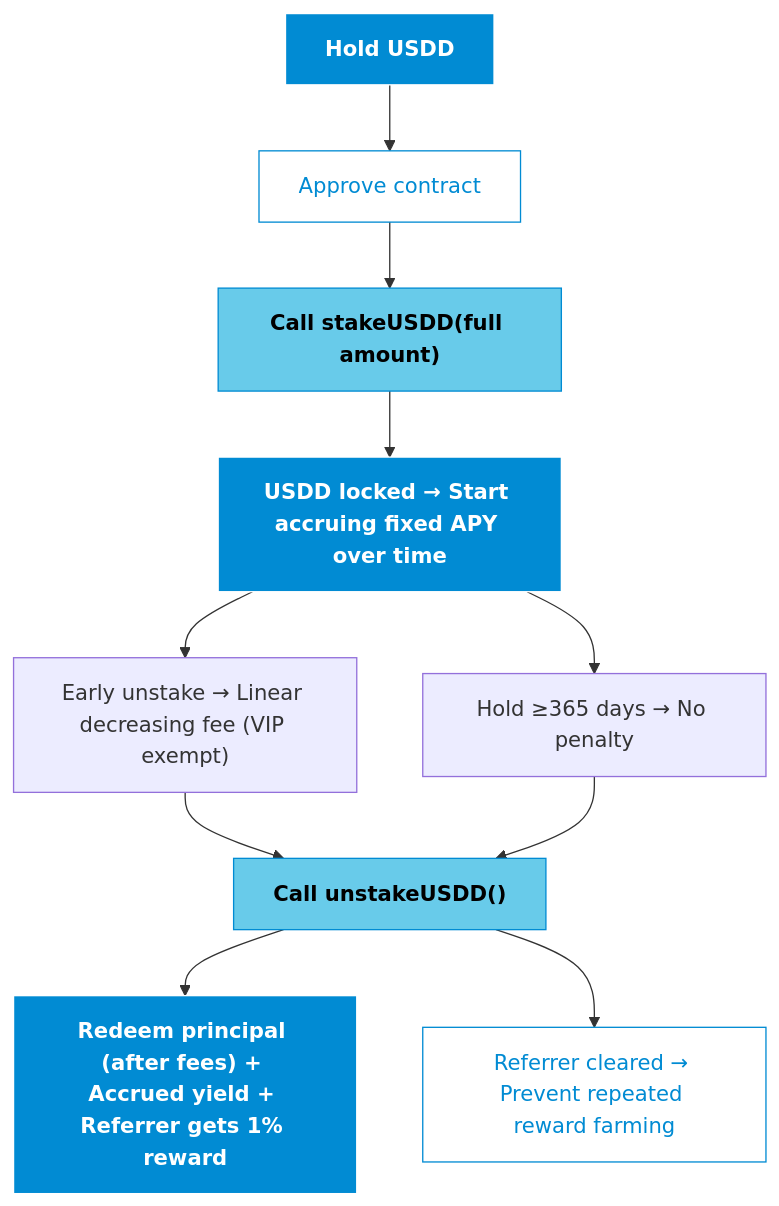
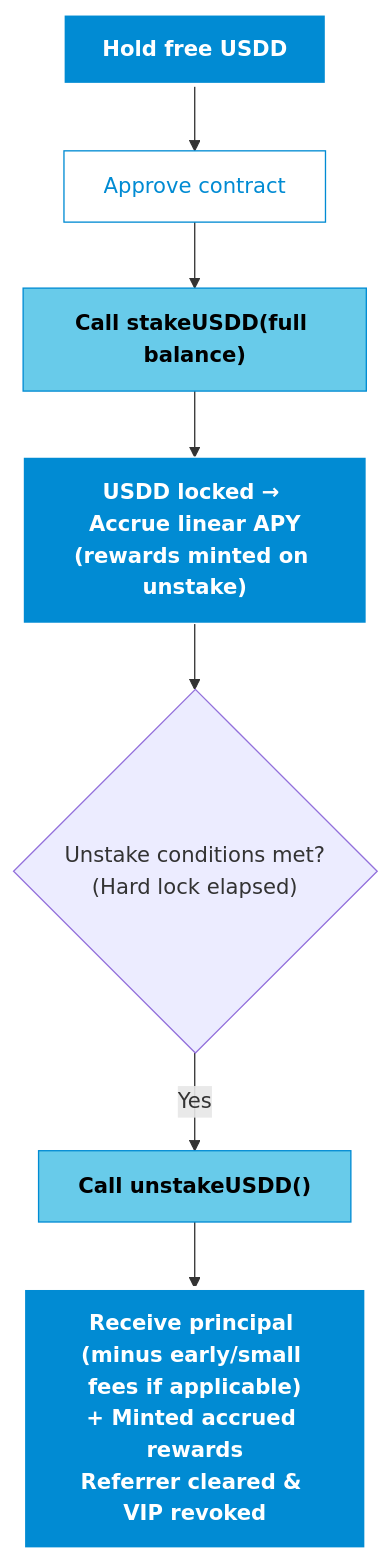
Before and after one commit to wyc-dev/USDD: the second of 3 diagrams in README.md, drawn with Mermaid. The commit also changed other lines of this file, not shown here.

````diff
--- a/README.md
+++ b/README.md
@@ -50,16 +50,14 @@
 ```mermaid
 flowchart TD
     classDef primary fill:#018BD3,stroke:#fff,color:#fff,font-weight:bold;
     classDef secondary fill:#68CBEA,stroke:#018BD3,color:#000,font-weight:bold;
     classDef action fill:#fff,stroke:#018BD3,color:#018BD3;
-
-    H["Hold USDD"]:::primary --> I["Approve contract"]:::action
-    I --> J["Call stakeUSDD(full amount)"]:::secondary
-    J --> K["USDD locked → Start accruing fixed APY over time"]:::primary
-    K --> L["Hold ≥365 days → No penalty"]
-    K --> M["Early unstake → Linear decreasing fee (VIP exempt)"]
-    M --> N["Call unstakeUSDD()"]:::secondary
-    L --> N
-    N --> O["Redeem principal (after fees) + Accrued yield + Referrer gets 1% reward"]:::primary
-    N --> P["Referrer cleared → Prevent repeated reward farming"]:::action
+    K["Hold free USDD"]:::primary --> L["Approve contract"]:::action
+    L --> M["Call stakeUSDD(full balance)"]:::secondary
+    M --> N["USDD locked → Accrue linear APY<br>(rewards minted on unstake)"]:::primary
+    N --> O{"Unstake conditions met?<br>(Hard lock elapsed)"} 
+    O -->|Yes| P["Call unstakeUSDD()"]:::secondary
+    P --> Q["Receive principal (minus early/small fees if applicable)<br>+ Minted accrued rewards<br>Referrer cleared & VIP revoked"]:::primary
+    style K stroke-width:3px
+    style Q stroke-width:3px
 ```
````
